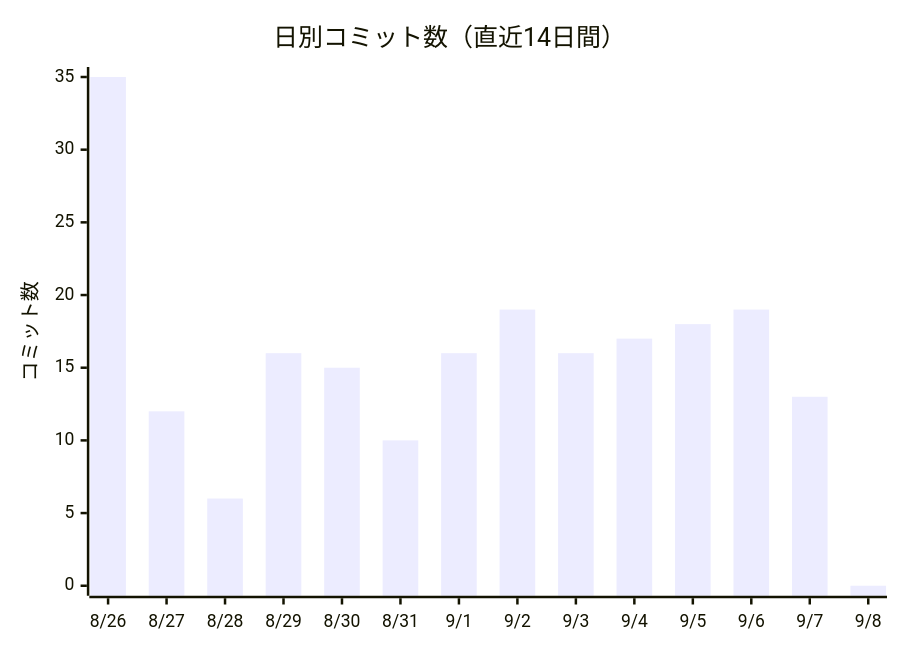
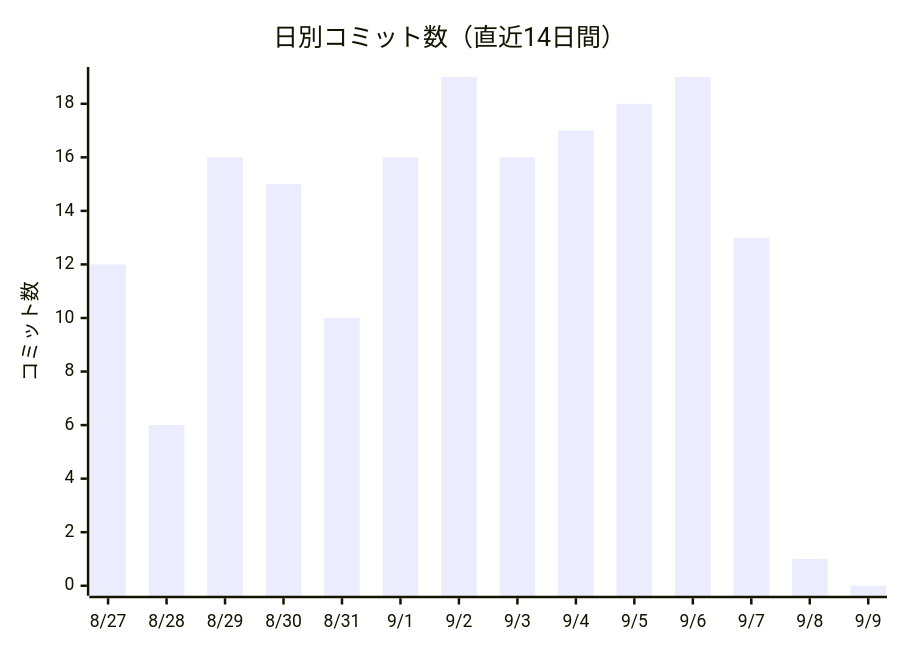
Before and after one commit to non-x2/non-x2: the first of 2 diagrams in docs/進化レポート.md, drawn with Mermaid. The commit also changed other lines of this file and 2 other files, not shown here.

````diff
--- a/docs/進化レポート.md
+++ b/docs/進化レポート.md
@@ -23,7 +23,7 @@
 ```mermaid
 xychart-beta
     title "日別コミット数（直近14日間）"
-    x-axis ["8/26", "8/27", "8/28", "8/29", "8/30", "8/31", "9/1", "9/2", "9/3", "9/4", "9/5", "9/6", "9/7", "9/8"]
+    x-axis ["8/27", "8/28", "8/29", "8/30", "8/31", "9/1", "9/2", "9/3", "9/4", "9/5", "9/6", "9/7", "9/8", "9/9"]
     y-axis "コミット数"
-    bar [35, 12, 6, 16, 15, 10, 16, 19, 16, 17, 18, 19, 13, 0]
+    bar [12, 6, 16, 15, 10, 16, 19, 16, 17, 18, 19, 13, 1, 0]
 ```
````
